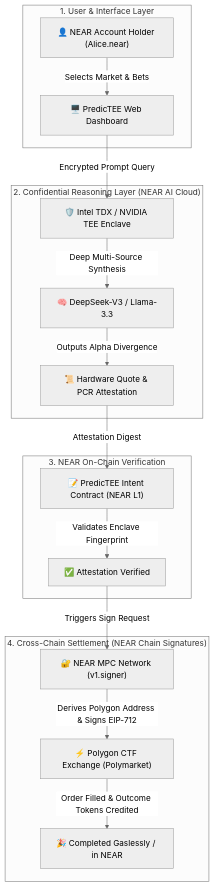
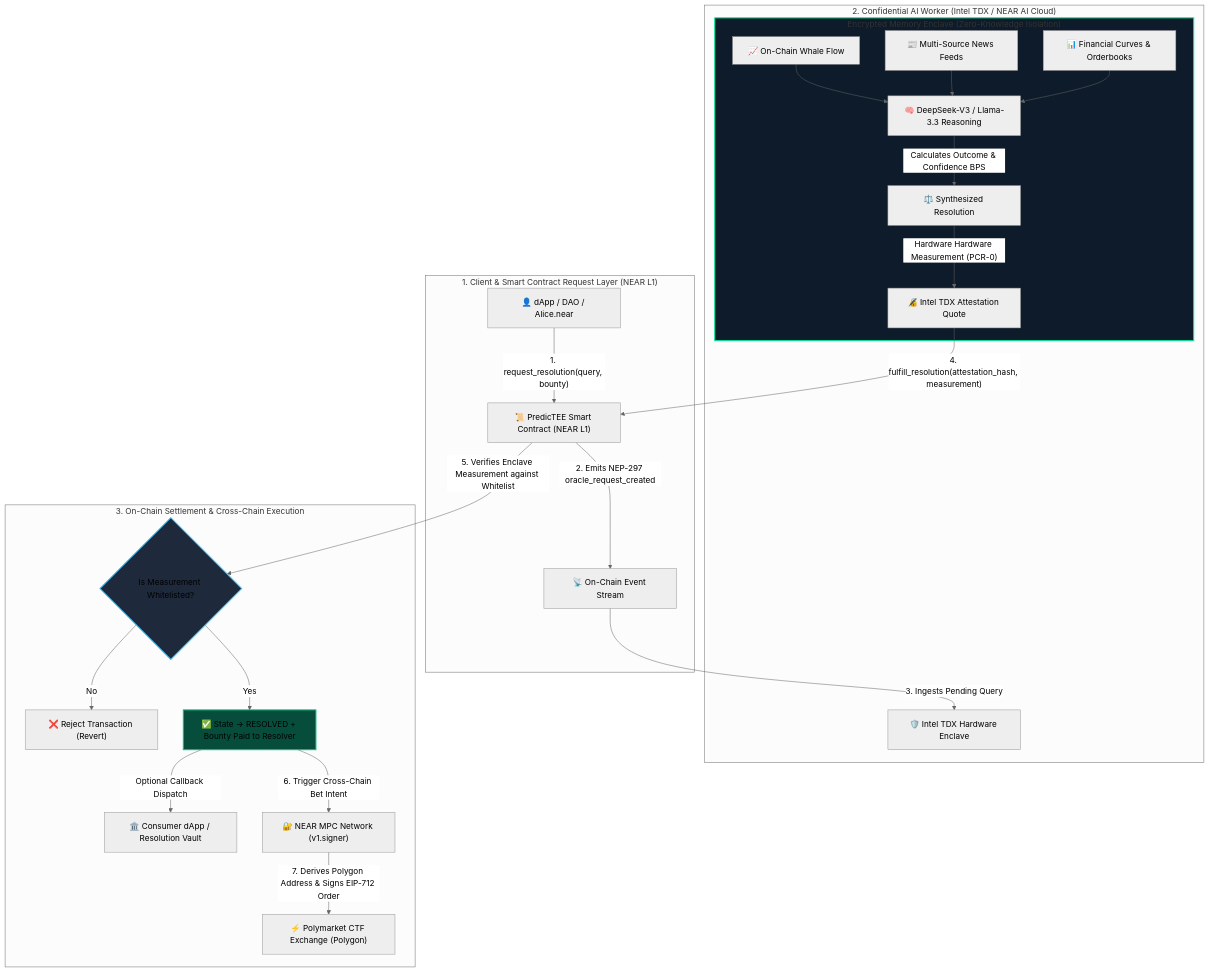
Before and after one commit to zhic49280-oss/predictee: the first of 2 diagrams in README.md, drawn with Mermaid (neutral theme). The commit also changed other lines of this file and 17 other files, not shown here.

Commit message:
feat(hackathon): complete PredicTEE verifiable AI oracle, NEAR MPC execution, and HACKATHON.md spec

````diff
--- a/README.md
+++ b/README.md
@@ -29,23 +45,32 @@
 ```mermaid
 flowchart TD
-    subgraph User_Layer ["1. User & Interface Layer"]
-        User["👤 NEAR Account Holder (Alice.near)"] -->|"Selects Market & Bets"| UI["🖥️ PredicTEE Web Dashboard"]
+    subgraph Layer1 ["1. Client & Smart Contract Request Layer (NEAR L1)"]
+        User["👤 dApp / DAO / Alice.near"] -->|"1. request_resolution(query, bounty)"| Contract["📜 PredicTEE Smart Contract (NEAR L1)"]
+        Contract -->|"2. Emits NEP-297 oracle_request_created"| EventHub["📡 On-Chain Event Stream"]
     end
 
-    subgraph TEE_Layer ["2. Confidential Reasoning Layer (NEAR AI Cloud)"]
-        UI -->|"Encrypted Prompt Query"| Enclave["🛡️ Intel TDX / NVIDIA TEE Enclave"]
-        Enclave -->|"Deep Multi-Source Synthesis"| Model["🧠 DeepSeek-V3 / Llama-3.3"]
-        Model -->|"Outputs Alpha Divergence"| QuoteGen["📜 Hardware Quote & PCR Attestation"]
+    subgraph Layer2 ["2. Confidential AI Worker (Intel TDX / NEAR AI Cloud)"]
+        EventHub -->|"3. Ingests Pending Query"| Enclave["🛡️ Intel TDX Hardware Enclave"]
+        subgraph Enclave_Boundary ["Encrypted Memory Enclave (Zero-Knowledge Isolation)"]
+            Feed1["📊 Financial Curves & Orderbooks"] --> AI["🧠 DeepSeek-V3 / Llama-3.3 Reasoning"]
+            Feed2["📰 Multi-Source News Feeds"] --> AI
+            Feed3["📈 On-Chain Whale Flow"] --> AI
+            AI -->|"Calculates Outcome & Confidence BPS"| Reasoner["⚖️ Synthesized Resolution"]
+            Reasoner -->|"Hardware Hardware Measurement (PCR-0)"| QuoteGen["🔏 Intel TDX Attestation Quote"]
+        end
     end
 
-    subgraph Verification_Layer ["3. NEAR On-Chain Verification"]
-        QuoteGen -->|"Attestation Digest"| Contract["📝 PredicTEE Intent Contract (NEAR L1)"]
-        Contract -->|"Validates Enclave Fingerprint"| Verified["✅ Attestation Verified"]
+    subgraph Layer3 ["3. On-Chain Settlement & Cross-Chain Execution"]
+        QuoteGen -->|"4. fulfill_resolution(attestation_hash, measurement)"| Contract
+        Contract -->|"5. Verifies Enclave Measurement against Whitelist"| Verifier{"Is Measurement Whitelisted?"}
+        Verifier -- "No" --> Reject["❌ Reject Transaction (Revert)"]
+        Verifier -- "Yes" --> Settle["✅ State -> RESOLVED + Bounty Paid to Resolver"]
+        Settle -->|"Optional Callback Dispatch"| Consumer["🏛️ Consumer dApp / Resolution Vault"]
+        Settle -->|"6. Trigger Cross-Chain Bet Intent"| MPC["🔐 NEAR MPC Network (v1.signer)"]
+        MPC -->|"7. Derives Polygon Address & Signs EIP-712 Order"| PolyMarket["⚡ Polymarket CTF Exchange (Polygon)"]
     end
 
-    subgraph MPC_Execution_Layer ["4. Cross-Chain Settlement (NEAR Chain Signatures)"]
-        Verified -->|"Triggers Sign Request"| Signer["🔐 NEAR MPC Network (v1.signer)"]
-        Signer -->|"Derives Polygon Address & Signs EIP-712"| PolyTx["⚡ Polygon CTF Exchange (Polymarket)"]
-        PolyTx -->|"Order Filled & Outcome Tokens Credited"| Complete["🎉 Completed Gaslessly / in NEAR"]
-    end
+    style Enclave_Boundary fill:#0d1b2a,stroke:#00ec97,stroke-width:2px;
+    style Verifier fill:#1e293b,stroke:#38bdf8,stroke-width:2px;
+    style Settle fill:#064e3b,stroke:#10b981,stroke-width:2px;
 ```
````
